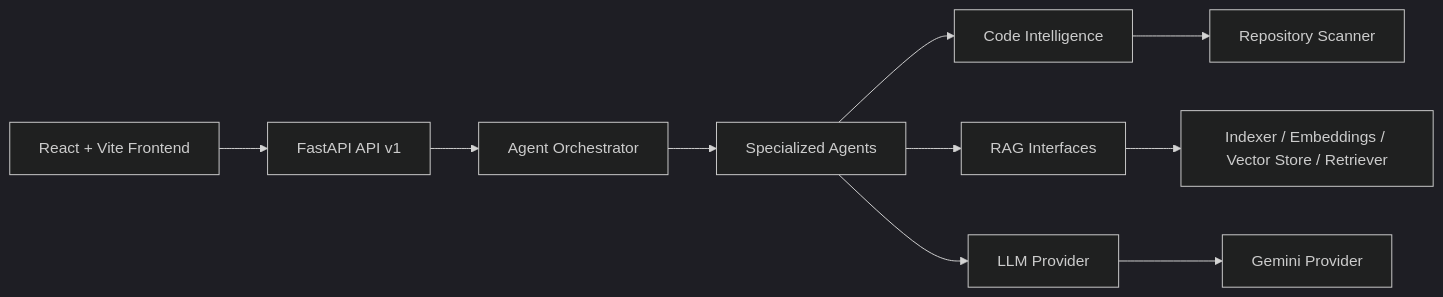
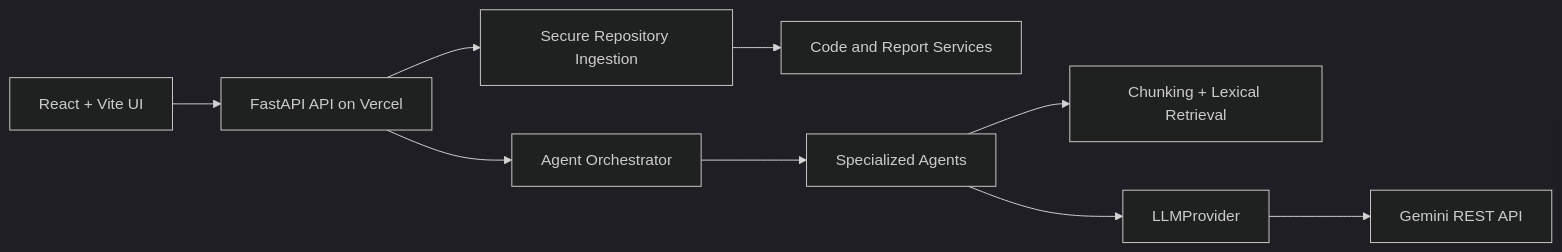
The first of 4 diagrams in docs/architecture.md (maryamfatima7/forgeai-software-engineering-agent), drawn with Mermaid (dark theme) before and after one commit. The commit also changed other lines of this file and 37 other files, not shown here.

````diff
--- a/docs/architecture.md
+++ b/docs/architecture.md
@@ -5,12 +7,11 @@
 ```mermaid
 flowchart LR
-    Frontend[React + Vite Frontend] --> API[FastAPI API v1]
-    API --> Orchestrator[Agent Orchestrator]
-    Orchestrator --> Agents[Specialized Agents]
-    Agents --> Code[Code Intelligence]
-    Agents --> RAG[RAG Interfaces]
-    Agents --> LLM[LLM Provider]
-    Code --> Scanner[Repository Scanner]
-    RAG --> Indexer[Indexer / Embeddings / Vector Store / Retriever]
-    LLM --> Gemini[Gemini Provider]
+    UI[React + Vite UI] --> API[FastAPI API on Vercel]
+    API --> Ingest[Secure Repository Ingestion]
+    API --> Router[Agent Orchestrator]
+    Ingest --> Analysis[Code and Report Services]
+    Router --> Agents[Specialized Agents]
+    Agents --> RAG[Chunking + Lexical Retrieval]
+    Agents --> Provider[LLMProvider]
+    Provider --> Gemini[Gemini REST API]
 ```
````
